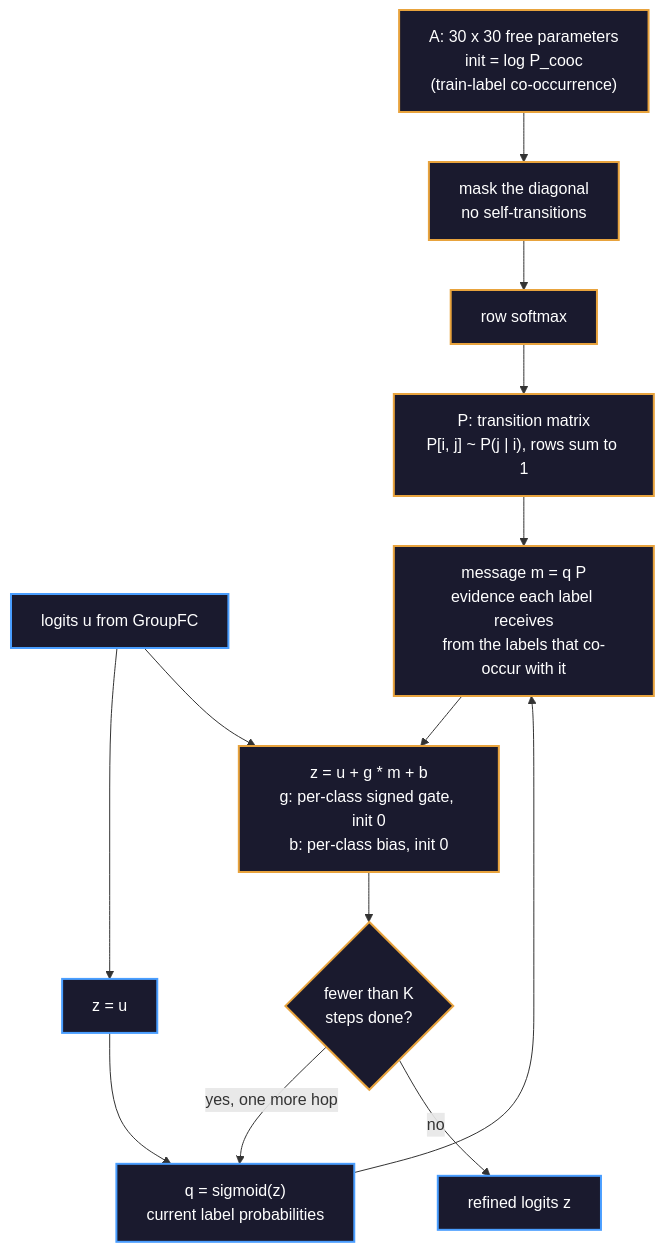
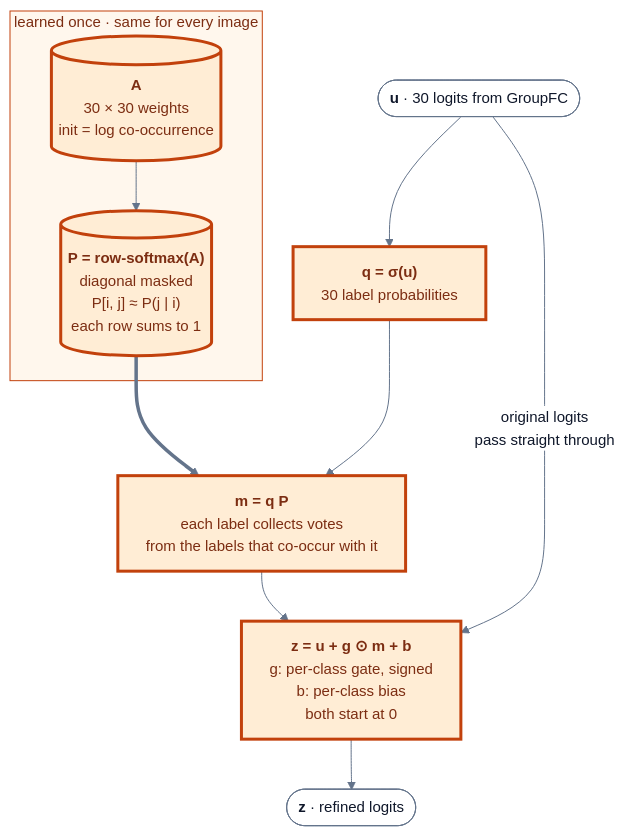
Before and after one commit to nhan03bit/ISBI_2026: the fourth of 7 diagrams in docs/markov-layer-architecture.md, drawn with Mermaid. The commit also changed other lines of this file and 1 other file, not shown here.

Commit message:
architecture

````diff
--- a/docs/markov-layer-architecture.md
+++ b/docs/markov-layer-architecture.md
@@ -113,21 +163,27 @@
 ```mermaid
+%%{init: {"theme": "base", "flowchart": {"wrappingWidth": 400, "padding": 14}, "themeVariables": {"fontSize": "15px", "lineColor": "#64748B", "primaryTextColor": "#0F172A", "edgeLabelBackground": "#FFFFFF", "clusterBkg": "#F8FAFC", "clusterBorder": "#CBD5E1", "titleColor": "#0F172A"}}}%%
 flowchart TB
-    A["A: 30 x 30 free parameters<br/>init = log P_cooc<br/>(train-label co-occurrence)"] --> MASK["mask the diagonal<br/>no self-transitions"]
-    MASK --> SMX["row softmax"]
-    SMX --> P["P: transition matrix<br/>P[i, j] ~ P(j | i), rows sum to 1"]
+    U(["<b>u</b> · 30 logits from GroupFC"]):::data
+    subgraph PAR["learned once · same for every image"]
+        A[("<b>A</b><br/>30 × 30 weights<br/>init = log co-occurrence")]:::new
+        P[("<b>P = row-softmax(A)</b><br/>diagonal masked<br/>P[i, j] ≈ P(j | i)<br/>each row sums to 1")]:::new
+        A --> P
+    end
+    Q["<b>q = σ(u)</b><br/>30 label probabilities"]:::new
+    M["<b>m = q P</b><br/>each label collects votes<br/>from the labels that co-occur with it"]:::new
+    G["<b>z = u + g ⊙ m + b</b><br/>g: per-class gate, signed<br/>b: per-class bias<br/>both start at 0"]:::new
+    Z(["<b>z</b> · refined logits"]):::data
+    U --> Q --> M --> G --> Z
+    P ==> M
+    U -->|"original logits<br/>pass straight through"| G
+    style PAR fill:#FFF7ED,stroke:#C2410C,stroke-width:1px,color:#7C2D12
 
-    U["logits u from GroupFC"] --> Z0["z = u"]
-    Z0 --> SIG["q = sigmoid(z)<br/>current label probabilities"]
-    SIG --> MSG["message m = q P<br/>evidence each label receives<br/>from the labels that co-occur with it"]
-    P --> MSG
-    MSG --> UPD["z = u + g * m + b<br/>g: per-class signed gate, init 0<br/>b: per-class bias, init 0"]
-    U --> UPD
-    UPD --> LOOP{"fewer than K<br/>steps done?"}
-    LOOP -- "yes, one more hop" --> SIG
-    LOOP -- "no" --> OUT["refined logits z"]
-
-    classDef mk fill:#1a1a2e,stroke:#e8a33d,stroke-width:2px,color:#fff
-    classDef dec fill:#1a1a2e,stroke:#4a9eff,stroke-width:2px,color:#fff
-    class A,MASK,SMX,P,MSG,UPD,LOOP mk
-    class U,Z0,SIG,OUT dec
+    classDef v3 fill:#DBEAFE,stroke:#1D4ED8,stroke-width:1.5px,color:#1E3A8A
+    classDef new fill:#FFEDD5,stroke:#C2410C,stroke-width:3px,color:#7C2D12
+    classDef data fill:#FFFFFF,stroke:#64748B,stroke-width:1px,color:#0F172A
+    classDef loss fill:#EDE9FE,stroke:#6D28D9,stroke-width:1.5px,color:#4C1D95
+    classDef aux fill:#F1F5F9,stroke:#94A3B8,stroke-width:1px,stroke-dasharray:5 4,color:#475569
+    classDef warn fill:#FEE2E2,stroke:#B91C1C,stroke-width:2px,stroke-dasharray:5 4,color:#7F1D1D
+    classDef old fill:#F1F5F9,stroke:#94A3B8,stroke-width:1px,color:#334155
+    classDef tail fill:#DCFCE7,stroke:#15803D,stroke-width:2.5px,color:#14532D
 ```
````
